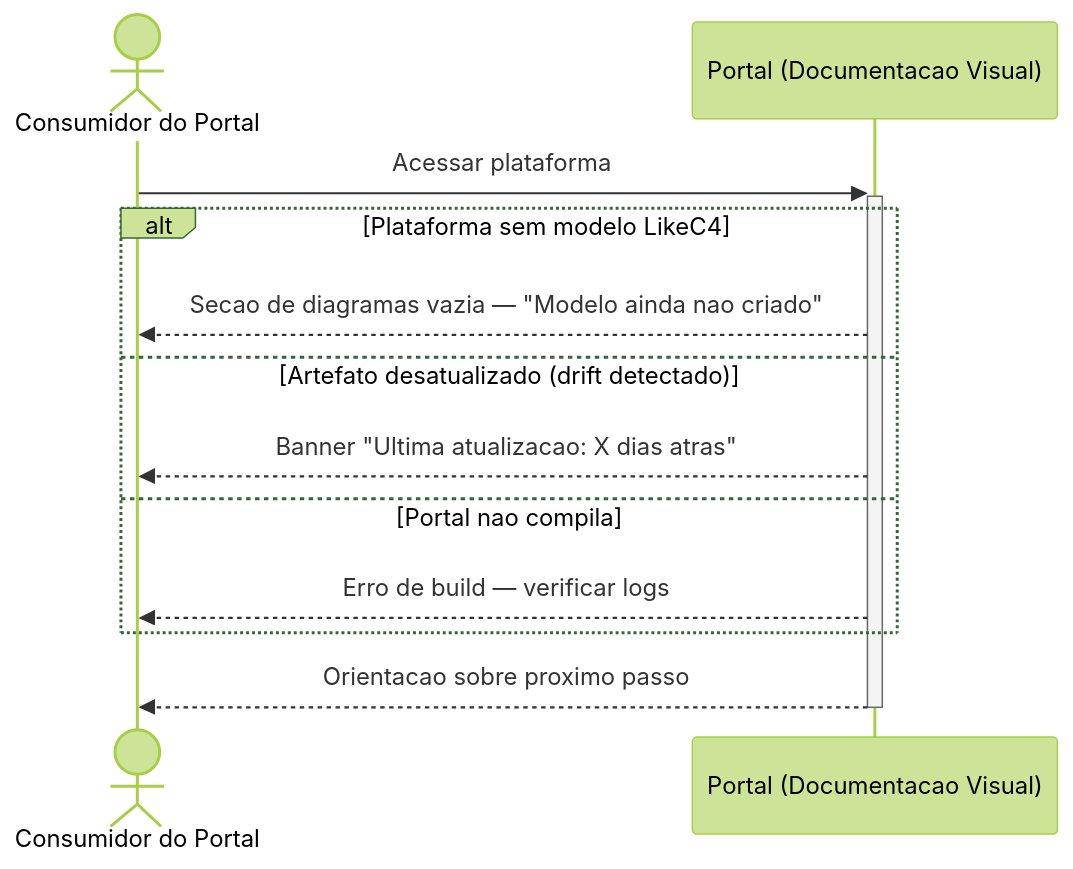
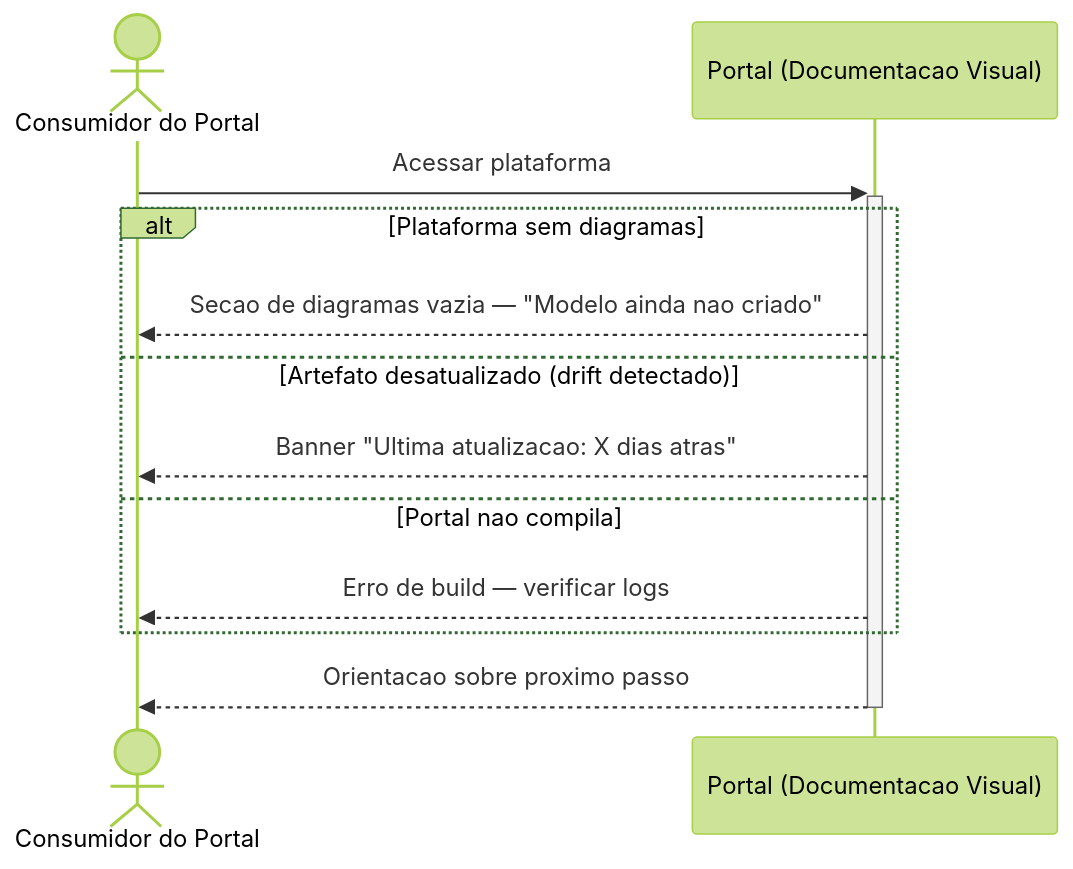
One commit to paceautomations/madruga.ai changed the seventh of 9 diagrams in platforms/madruga-ai/business/process.md. Above: the diagram before and after it, drawn with Mermaid (forest theme). The commit also changed other lines of this file and 145 other files, not shown here.

First line of the commit message:
feat: epic 022 — LikeC4 → Mermaid migration

````diff
--- a/platforms/madruga-ai/business/process.md
+++ b/platforms/madruga-ai/business/process.md
@@ -380,15 +382,15 @@
 ```mermaid
 sequenceDiagram
     actor Cons as Consumidor do Portal
     participant Portal as Portal (Documentacao Visual)
 
     Cons->>+Portal: Acessar plataforma
-    alt Plataforma sem modelo LikeC4
+    alt Plataforma sem diagramas
         Portal-->>Cons: Secao de diagramas vazia — "Modelo ainda nao criado"
     else Artefato desatualizado (drift detectado)
         Portal-->>Cons: Banner "Ultima atualizacao: X dias atras"
     else Portal nao compila
         Portal-->>Cons: Erro de build — verificar logs
     end
     Portal-->>-Cons: Orientacao sobre proximo passo
 ```
````
